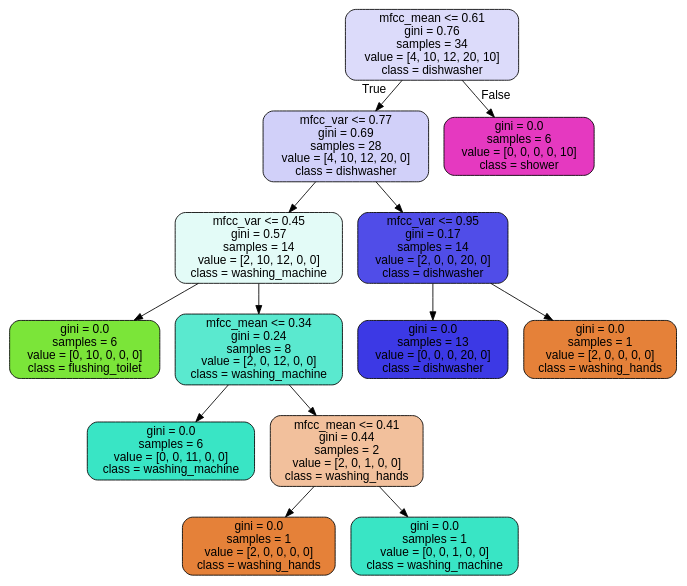
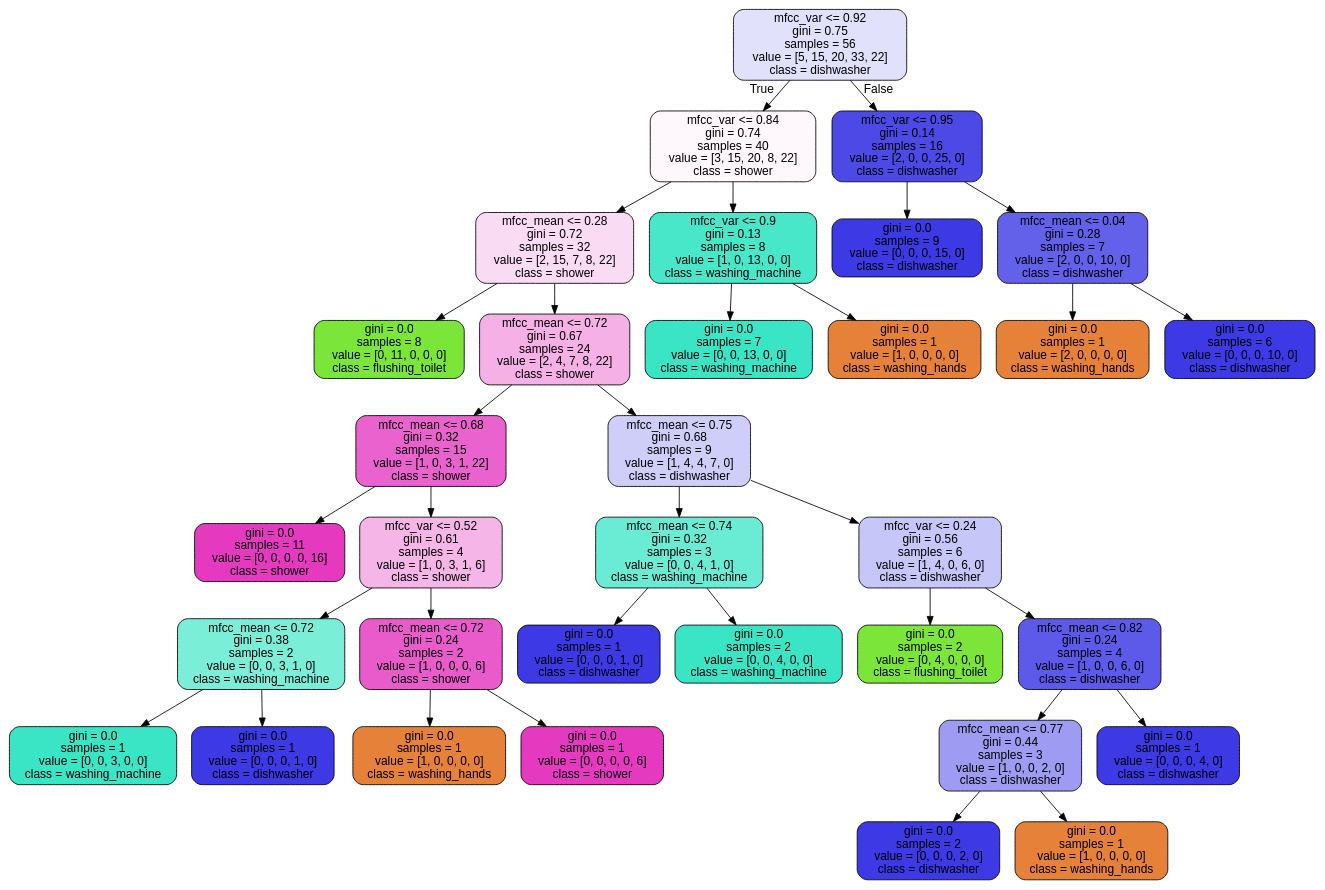
The diagram in files/tree.dot (fritzschack/thesis), drawn with Graphviz before and after one commit. The commit also changed 3 other files, not shown here.

```diff
--- a/files/tree.dot
+++ b/files/tree.dot
@@ -1,29 +1,69 @@
 digraph Tree {
 node [shape=box, style="filled, rounded", color="black", fontname="helvetica"] ;
 edge [fontname="helvetica"] ;
-0 [label="mfcc_mean <= 0.61\ngini = 0.76\nsamples = 34\nvalue = [4, 10, 12, 20, 10]\nclass = dishwasher", fillcolor="#dcdbfa"] ;
-1 [label="mfcc_var <= 0.77\ngini = 0.69\nsamples = 28\nvalue = [4, 10, 12, 20, 0]\nclass = dishwasher", fillcolor="#d1d0f9"] ;
+0 [label="mfcc_var <= 0.92\ngini = 0.75\nsamples = 56\nvalue = [5, 15, 20, 33, 22]\nclass = dishwasher", fillcolor="#e2e1fb"] ;
+1 [label="mfcc_var <= 0.84\ngini = 0.74\nsamples = 40\nvalue = [3, 15, 20, 8, 22]\nclass = shower", fillcolor="#fef7fc"] ;
 0 -> 1 [labeldistance=2.5, labelangle=45, headlabel="True"] ;
-2 [label="mfcc_var <= 0.45\ngini = 0.57\nsamples = 14\nvalue = [2, 10, 12, 0, 0]\nclass = washing_machine", fillcolor="#e3fbf7"] ;
+2 [label="mfcc_mean <= 0.28\ngini = 0.72\nsamples = 32\nvalue = [2, 15, 7, 8, 22]\nclass = shower", fillcolor="#fadbf4"] ;
 1 -> 2 ;
-3 [label="gini = 0.0\nsamples = 6\nvalue = [0, 10, 0, 0, 0]\nclass = flushing_toilet", fillcolor="#7be539"] ;
+3 [label="gini = 0.0\nsamples = 8\nvalue = [0, 11, 0, 0, 0]\nclass = flushing_toilet", fillcolor="#7be539"] ;
 2 -> 3 ;
-4 [label="mfcc_mean <= 0.34\ngini = 0.24\nsamples = 8\nvalue = [2, 0, 12, 0, 0]\nclass = washing_machine", fillcolor="#5ae9cf"] ;
+4 [label="mfcc_mean <= 0.72\ngini = 0.67\nsamples = 24\nvalue = [2, 4, 7, 8, 22]\nclass = shower", fillcolor="#f5b0e6"] ;
 2 -> 4 ;
-5 [label="gini = 0.0\nsamples = 6\nvalue = [0, 0, 11, 0, 0]\nclass = washing_machine", fillcolor="#39e5c5"] ;
+5 [label="mfcc_mean <= 0.68\ngini = 0.32\nsamples = 15\nvalue = [1, 0, 3, 1, 22]\nclass = shower", fillcolor="#ea62cd"] ;
 4 -> 5 ;
-6 [label="mfcc_mean <= 0.41\ngini = 0.44\nsamples = 2\nvalue = [2, 0, 1, 0, 0]\nclass = washing_hands", fillcolor="#f2c09c"] ;
-4 -> 6 ;
-7 [label="gini = 0.0\nsamples = 1\nvalue = [2, 0, 0, 0, 0]\nclass = washing_hands", fillcolor="#e58139"] ;
-6 -> 7 ;
-8 [label="gini = 0.0\nsamples = 1\nvalue = [0, 0, 1, 0, 0]\nclass = washing_machine", fillcolor="#39e5c5"] ;
-6 -> 8 ;
-9 [label="mfcc_var <= 0.95\ngini = 0.17\nsamples = 14\nvalue = [2, 0, 0, 20, 0]\nclass = dishwasher", fillcolor="#504de8"] ;
-1 -> 9 ;
-10 [label="gini = 0.0\nsamples = 13\nvalue = [0, 0, 0, 20, 0]\nclass = dishwasher", fillcolor="#3c39e5"] ;
-9 -> 10 ;
-11 [label="gini = 0.0\nsamples = 1\nvalue = [2, 0, 0, 0, 0]\nclass = washing_hands", fillcolor="#e58139"] ;
-9 -> 11 ;
-12 [label="gini = 0.0\nsamples = 6\nvalue = [0, 0, 0, 0, 10]\nclass = shower", fillcolor="#e539c0"] ;
-0 -> 12 [labeldistance=2.5, labelangle=-45, headlabel="False"] ;
+6 [label="gini = 0.0\nsamples = 11\nvalue = [0, 0, 0, 0, 16]\nclass = shower", fillcolor="#e539c0"] ;
+5 -> 6 ;
+7 [label="mfcc_var <= 0.52\ngini = 0.61\nsamples = 4\nvalue = [1, 0, 3, 1, 6]\nclass = shower", fillcolor="#f5b5e7"] ;
+5 -> 7 ;
+8 [label="mfcc_mean <= 0.72\ngini = 0.38\nsamples = 2\nvalue = [0, 0, 3, 1, 0]\nclass = washing_machine", fillcolor="#7beed8"] ;
+7 -> 8 ;
+9 [label="gini = 0.0\nsamples = 1\nvalue = [0, 0, 3, 0, 0]\nclass = washing_machine", fillcolor="#39e5c5"] ;
+8 -> 9 ;
+10 [label="gini = 0.0\nsamples = 1\nvalue = [0, 0, 0, 1, 0]\nclass = dishwasher", fillcolor="#3c39e5"] ;
+8 -> 10 ;
+11 [label="mfcc_mean <= 0.72\ngini = 0.24\nsamples = 2\nvalue = [1, 0, 0, 0, 6]\nclass = shower", fillcolor="#e95acb"] ;
+7 -> 11 ;
+12 [label="gini = 0.0\nsamples = 1\nvalue = [1, 0, 0, 0, 0]\nclass = washing_hands", fillcolor="#e58139"] ;
+11 -> 12 ;
+13 [label="gini = 0.0\nsamples = 1\nvalue = [0, 0, 0, 0, 6]\nclass = shower", fillcolor="#e539c0"] ;
+11 -> 13 ;
+14 [label="mfcc_mean <= 0.75\ngini = 0.68\nsamples = 9\nvalue = [1, 4, 4, 7, 0]\nclass = dishwasher", fillcolor="#cecef8"] ;
+4 -> 14 ;
+15 [label="mfcc_mean <= 0.74\ngini = 0.32\nsamples = 3\nvalue = [0, 0, 4, 1, 0]\nclass = washing_machine", fillcolor="#6aecd4"] ;
+14 -> 15 ;
+16 [label="gini = 0.0\nsamples = 1\nvalue = [0, 0, 0, 1, 0]\nclass = dishwasher", fillcolor="#3c39e5"] ;
+15 -> 16 ;
+17 [label="gini = 0.0\nsamples = 2\nvalue = [0, 0, 4, 0, 0]\nclass = washing_machine", fillcolor="#39e5c5"] ;
+15 -> 17 ;
+18 [label="mfcc_var <= 0.24\ngini = 0.56\nsamples = 6\nvalue = [1, 4, 0, 6, 0]\nclass = dishwasher", fillcolor="#c7c6f8"] ;
+14 -> 18 ;
+19 [label="gini = 0.0\nsamples = 2\nvalue = [0, 4, 0, 0, 0]\nclass = flushing_toilet", fillcolor="#7be539"] ;
+18 -> 19 ;
+20 [label="mfcc_mean <= 0.82\ngini = 0.24\nsamples = 4\nvalue = [1, 0, 0, 6, 0]\nclass = dishwasher", fillcolor="#5d5ae9"] ;
+18 -> 20 ;
+21 [label="mfcc_mean <= 0.77\ngini = 0.44\nsamples = 3\nvalue = [1, 0, 0, 2, 0]\nclass = dishwasher", fillcolor="#9e9cf2"] ;
+20 -> 21 ;
+22 [label="gini = 0.0\nsamples = 2\nvalue = [0, 0, 0, 2, 0]\nclass = dishwasher", fillcolor="#3c39e5"] ;
+21 -> 22 ;
+23 [label="gini = 0.0\nsamples = 1\nvalue = [1, 0, 0, 0, 0]\nclass = washing_hands", fillcolor="#e58139"] ;
+21 -> 23 ;
+24 [label="gini = 0.0\nsamples = 1\nvalue = [0, 0, 0, 4, 0]\nclass = dishwasher", fillcolor="#3c39e5"] ;
+20 -> 24 ;
+25 [label="mfcc_var <= 0.9\ngini = 0.13\nsamples = 8\nvalue = [1, 0, 13, 0, 0]\nclass = washing_machine", fillcolor="#48e7c9"] ;
+1 -> 25 ;
+26 [label="gini = 0.0\nsamples = 7\nvalue = [0, 0, 13, 0, 0]\nclass = washing_machine", fillcolor="#39e5c5"] ;
+25 -> 26 ;
+27 [label="gini = 0.0\nsamples = 1\nvalue = [1, 0, 0, 0, 0]\nclass = washing_hands", fillcolor="#e58139"] ;
+25 -> 27 ;
+28 [label="mfcc_var <= 0.95\ngini = 0.14\nsamples = 16\nvalue = [2, 0, 0, 25, 0]\nclass = dishwasher", fillcolor="#4c49e7"] ;
+0 -> 28 [labeldistance=2.5, labelangle=-45, headlabel="False"] ;
+29 [label="gini = 0.0\nsamples = 9\nvalue = [0, 0, 0, 15, 0]\nclass = dishwasher", fillcolor="#3c39e5"] ;
+28 -> 29 ;
+30 [label="mfcc_mean <= 0.04\ngini = 0.28\nsamples = 7\nvalue = [2, 0, 0, 10, 0]\nclass = dishwasher", fillcolor="#6361ea"] ;
+28 -> 30 ;
+31 [label="gini = 0.0\nsamples = 1\nvalue = [2, 0, 0, 0, 0]\nclass = washing_hands", fillcolor="#e58139"] ;
+30 -> 31 ;
+32 [label="gini = 0.0\nsamples = 6\nvalue = [0, 0, 0, 10, 0]\nclass = dishwasher", fillcolor="#3c39e5"] ;
+30 -> 32 ;
 }
```
